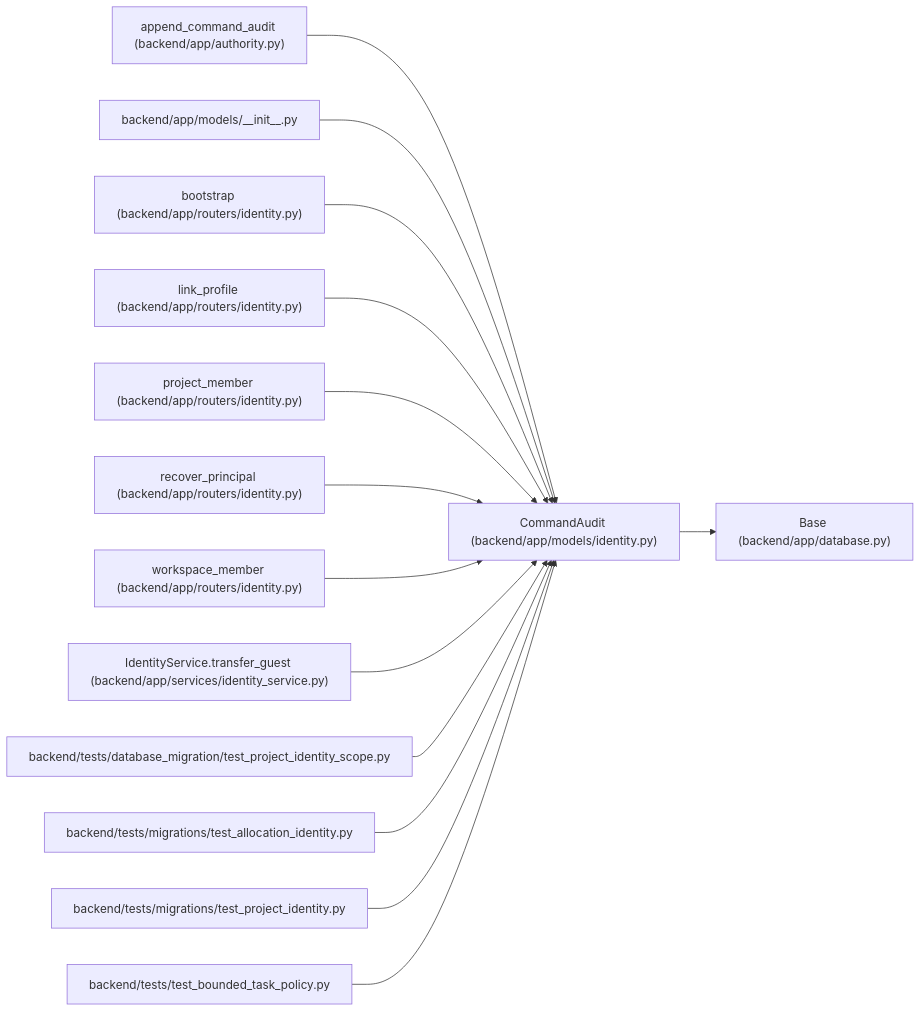
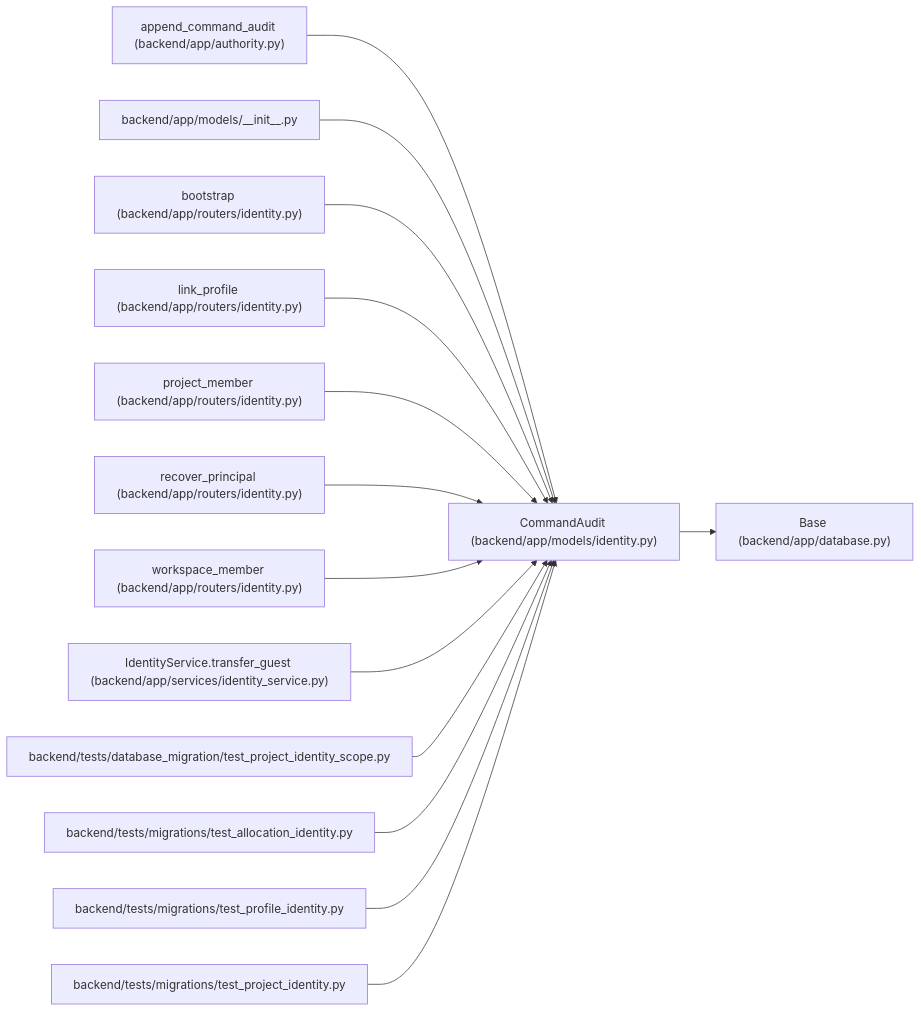
The diagram in docs/llm_wiki/entities/CommandAudit.md (Denissvgn/WorkChord), drawn with Mermaid before and after one commit. The commit also changed other lines of this file and 383 other files, not shown here.

````diff
--- a/docs/llm_wiki/entities/CommandAudit.md
+++ b/docs/llm_wiki/entities/CommandAudit.md
@@ -33,44 +33,44 @@
 ```mermaid
 flowchart LR
     n0["CommandAudit (backend/app/models/identity.py)"]
     n1["Base (backend/app/database.py)"]
     n2["append_command_audit (backend/app/authority.py)"]
     n3["backend/app/models/__init__.py"]
     n4["bootstrap (backend/app/routers/identity.py)"]
     n5["link_profile (backend/app/routers/identity.py)"]
     n6["project_member (backend/app/routers/identity.py)"]
     n7["recover_principal (backend/app/routers/identity.py)"]
     n8["workspace_member (backend/app/routers/identity.py)"]
     n9["IdentityService.transfer_guest (backend/app/services/identity_service.py)"]
     n10["backend/tests/database_migration/test_project_identity_scope.py"]
     n11["backend/tests/migrations/test_allocation_identity.py"]
-    n12["backend/tests/migrations/test_project_identity.py"]
-    n13["backend/tests/test_bounded_task_policy.py"]
+    n12["backend/tests/migrations/test_profile_identity.py"]
+    n13["backend/tests/migrations/test_project_identity.py"]
     n0 --> n1
     n2 --> n0
     n3 --> n0
     n4 --> n0
     n5 --> n0
     n6 --> n0
     n7 --> n0
     n8 --> n0
     n9 --> n0
     n10 --> n0
     n11 --> n0
     n12 --> n0
     n13 --> n0
     click n0 "../modules/models_identity.md"
     click n1 "../modules/app_database.md"
     click n2 "../modules/authority.md"
     click n3 "../modules/models___init__.md"
     click n4 "../modules/routers_identity.md"
     click n5 "../modules/routers_identity.md"
     click n6 "../modules/routers_identity.md"
     click n7 "../modules/routers_identity.md"
     click n8 "../modules/routers_identity.md"
     click n9 "../modules/identity_service.md"
     click n10 "../modules/test_project_identity_scope.md"
     click n11 "../modules/test_allocation_identity.md"
-    click n12 "../modules/test_project_identity.md"
-    click n13 "../modules/test_bounded_task_policy.md"
+    click n12 "../modules/test_profile_identity.md"
+    click n13 "../modules/test_project_identity.md"
 ```
````
